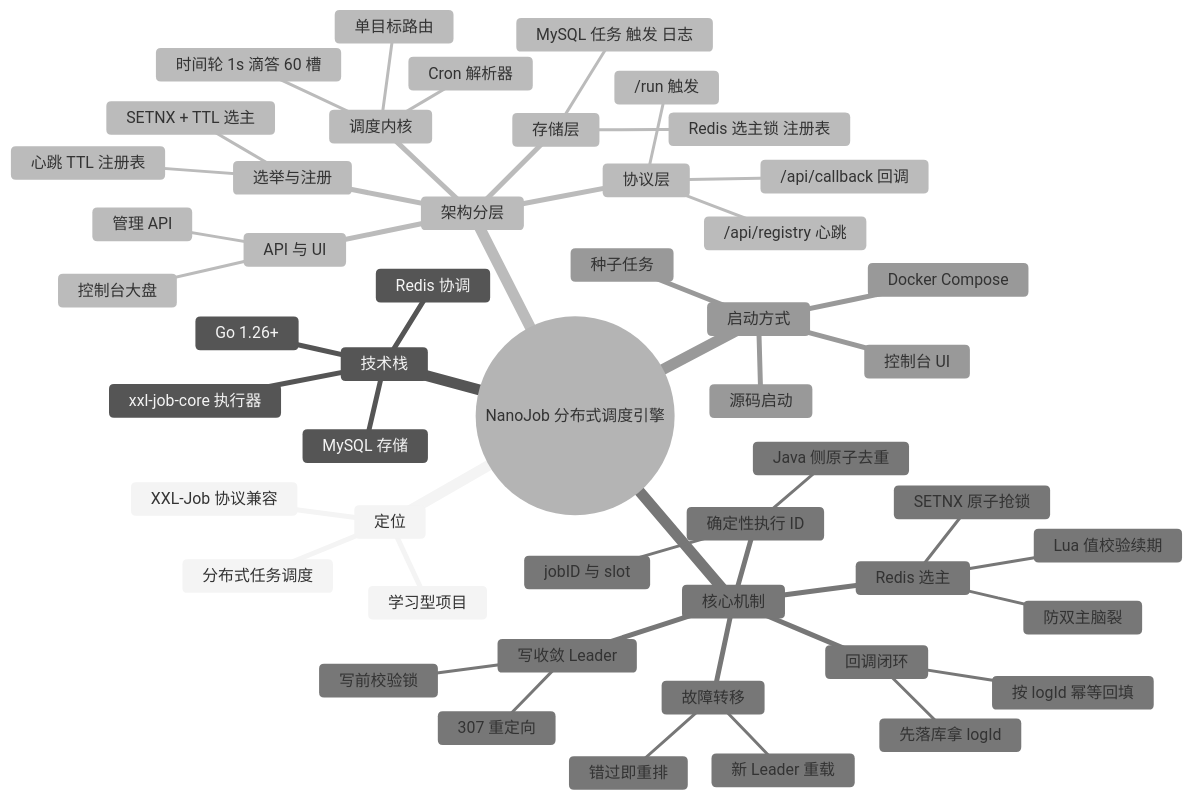
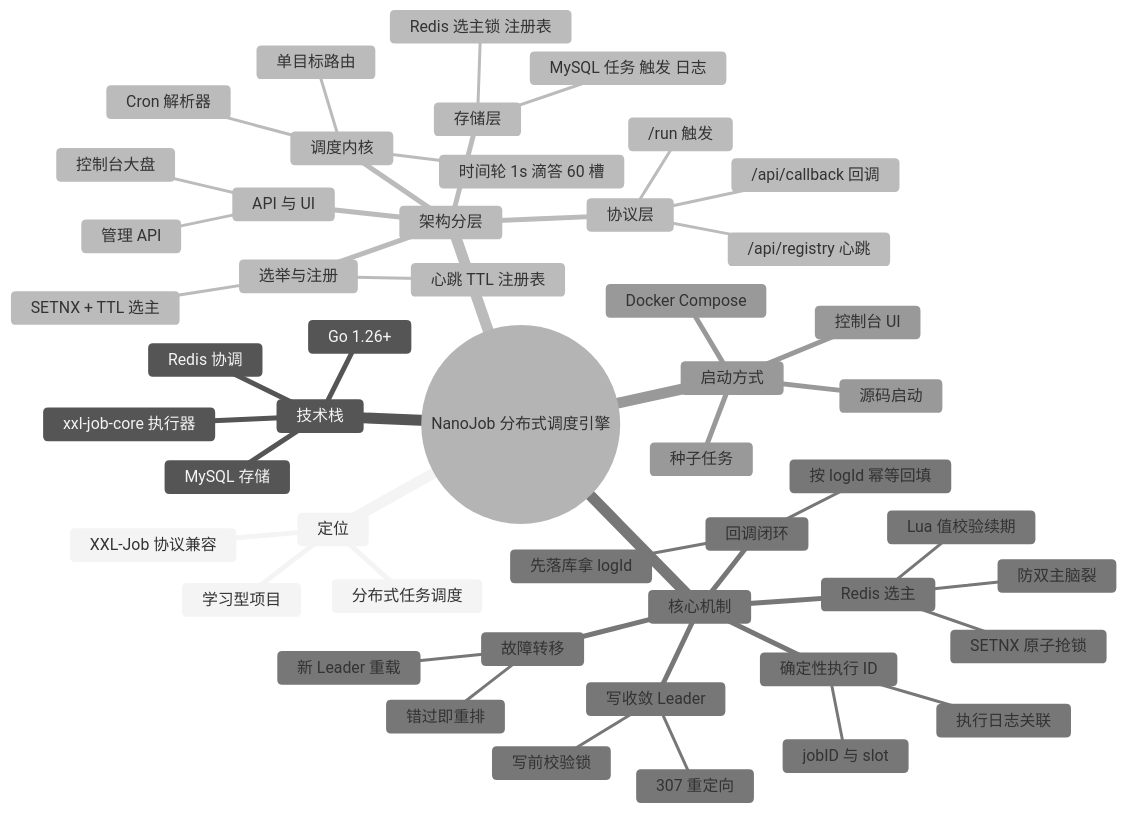
The diagram in README.md (135a/NanoJob), drawn with Mermaid (neutral theme) before and after one commit. The commit also changed other lines of this file and 14 other files, not shown here.

````diff
--- a/README.md
+++ b/README.md
@@ -28,53 +28,53 @@
 ```mermaid
 mindmap
   root((NanoJob 分布式调度引擎))
     定位
       分布式任务调度
       XXL-Job 协议兼容
       学习型项目
     技术栈
       Go 1.26+
       MySQL 存储
       Redis 协调
       xxl-job-core 执行器
     架构分层
       存储层
         MySQL 任务 触发 日志
         Redis 选主锁 注册表
       调度内核
         时间轮 1s 滴答 60 槽
         Cron 解析器
         单目标路由
       选举与注册
         SETNX + TTL 选主
         心跳 TTL 注册表
       协议层
         /run 触发
         /api/callback 回调
         /api/registry 心跳
       API 与 UI
         管理 API
         控制台大盘
     核心机制
       Redis 选主
         SETNX 原子抢锁
         Lua 值校验续期
         防双主脑裂
       写收敛 Leader
         307 重定向
         写前校验锁
       回调闭环
         先落库拿 logId
         按 logId 幂等回填
       确定性执行 ID
         jobID 与 slot
-        Java 侧原子去重
+        执行日志关联
       故障转移
         新 Leader 重载
         错过即重排
     启动方式
       Docker Compose
       源码启动
       种子任务
       控制台 UI
 ```
````
